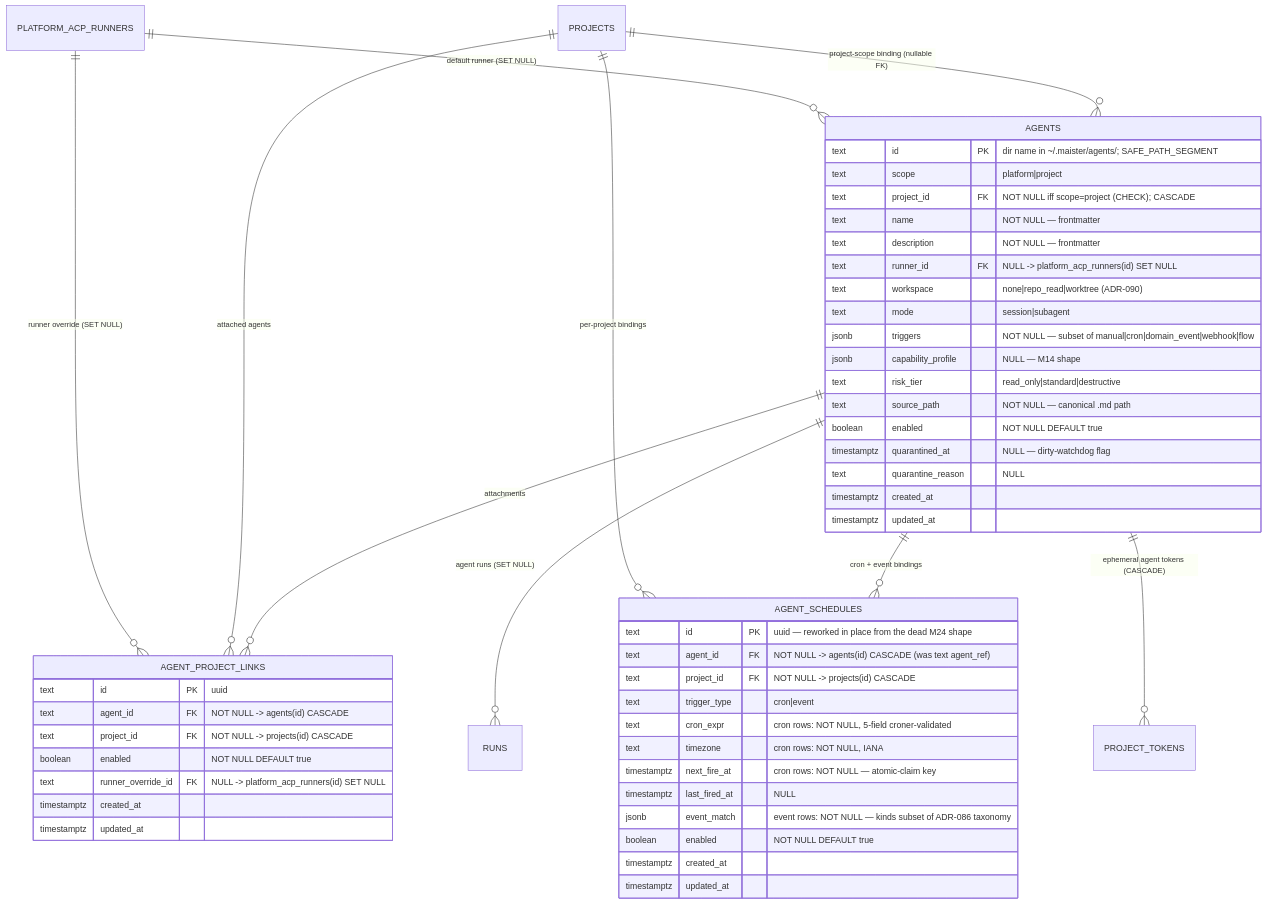
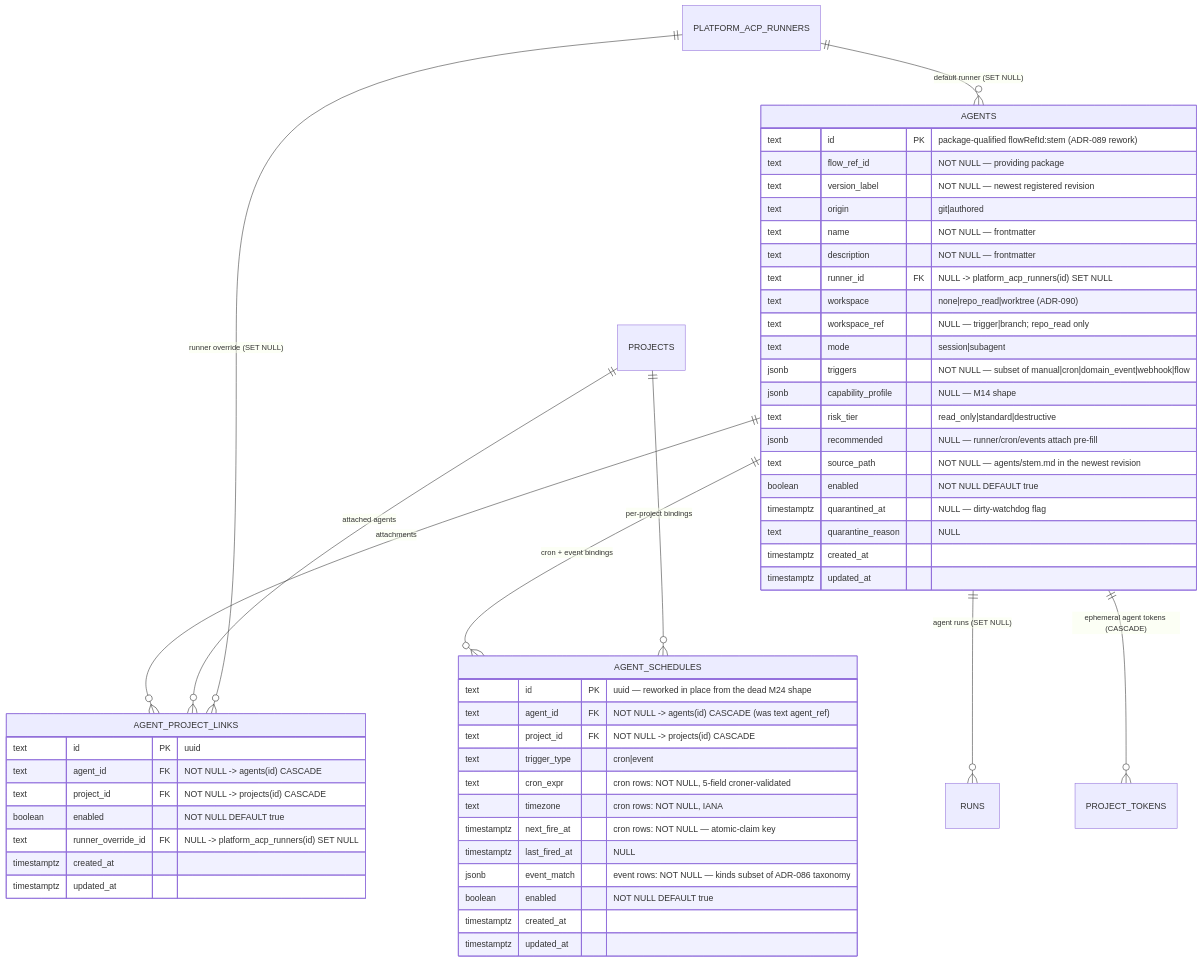
Before and after one commit to maister-dev/maister: the diagram in docs/db/agents-domain.md, drawn with Mermaid. The commit also changed other lines of this file and 9 other files, not shown here.

First line of the commit message:
docs(agents): package-source rework close-out — ADR-089/090 amendments, contract resync, gates

````diff
--- a/docs/db/agents-domain.md
+++ b/docs/db/agents-domain.md
@@ -14,57 +17,59 @@
 ```mermaid
 erDiagram
-    PROJECTS ||--o{ AGENTS : "project-scope binding (nullable FK)"
     PLATFORM_ACP_RUNNERS ||--o{ AGENTS : "default runner (SET NULL)"
     AGENTS ||--o{ AGENT_PROJECT_LINKS : "attachments"
     PROJECTS ||--o{ AGENT_PROJECT_LINKS : "attached agents"
     PLATFORM_ACP_RUNNERS ||--o{ AGENT_PROJECT_LINKS : "runner override (SET NULL)"
     AGENTS ||--o{ AGENT_SCHEDULES : "cron + event bindings"
     PROJECTS ||--o{ AGENT_SCHEDULES : "per-project bindings"
     AGENTS ||--o{ RUNS : "agent runs (SET NULL)"
     AGENTS ||--o{ PROJECT_TOKENS : "ephemeral agent tokens (CASCADE)"
 
     AGENTS {
-        text id PK "dir name in ~/.maister/agents/; SAFE_PATH_SEGMENT"
-        text scope "platform|project"
-        text project_id FK "NOT NULL iff scope=project (CHECK); CASCADE"
+        text id PK "package-qualified flowRefId:stem (ADR-089 rework)"
+        text flow_ref_id "NOT NULL — providing package"
+        text version_label "NOT NULL — newest registered revision"
+        text origin "git|authored"
         text name "NOT NULL — frontmatter"
         text description "NOT NULL — frontmatter"
         text runner_id FK "NULL -> platform_acp_runners(id) SET NULL"
         text workspace "none|repo_read|worktree (ADR-090)"
+        text workspace_ref "NULL — trigger|branch; repo_read only"
         text mode "session|subagent"
         jsonb triggers "NOT NULL — subset of manual|cron|domain_event|webhook|flow"
         jsonb capability_profile "NULL — M14 shape"
         text risk_tier "read_only|standard|destructive"
-        text source_path "NOT NULL — canonical .md path"
+        jsonb recommended "NULL — runner/cron/events attach pre-fill"
+        text source_path "NOT NULL — agents/stem.md in the newest revision"
         boolean enabled "NOT NULL DEFAULT true"
         timestamptz quarantined_at "NULL — dirty-watchdog flag"
         text quarantine_reason "NULL"
         timestamptz created_at
         timestamptz updated_at
     }
 
     AGENT_PROJECT_LINKS {
         text id PK "uuid"
         text agent_id FK "NOT NULL -> agents(id) CASCADE"
         text project_id FK "NOT NULL -> projects(id) CASCADE"
         boolean enabled "NOT NULL DEFAULT true"
         text runner_override_id FK "NULL -> platform_acp_runners(id) SET NULL"
         timestamptz created_at
         timestamptz updated_at
     }
 
     AGENT_SCHEDULES {
         text id PK "uuid — reworked in place from the dead M24 shape"
         text agent_id FK "NOT NULL -> agents(id) CASCADE (was text agent_ref)"
         text project_id FK "NOT NULL -> projects(id) CASCADE"
         text trigger_type "cron|event"
         text cron_expr "cron rows: NOT NULL, 5-field croner-validated"
         text timezone "cron rows: NOT NULL, IANA"
         timestamptz next_fire_at "cron rows: NOT NULL — atomic-claim key"
         timestamptz last_fired_at "NULL"
         jsonb event_match "event rows: NOT NULL — kinds subset of ADR-086 taxonomy"
         boolean enabled "NOT NULL DEFAULT true"
         timestamptz created_at
         timestamptz updated_at
     }
 ```
````
